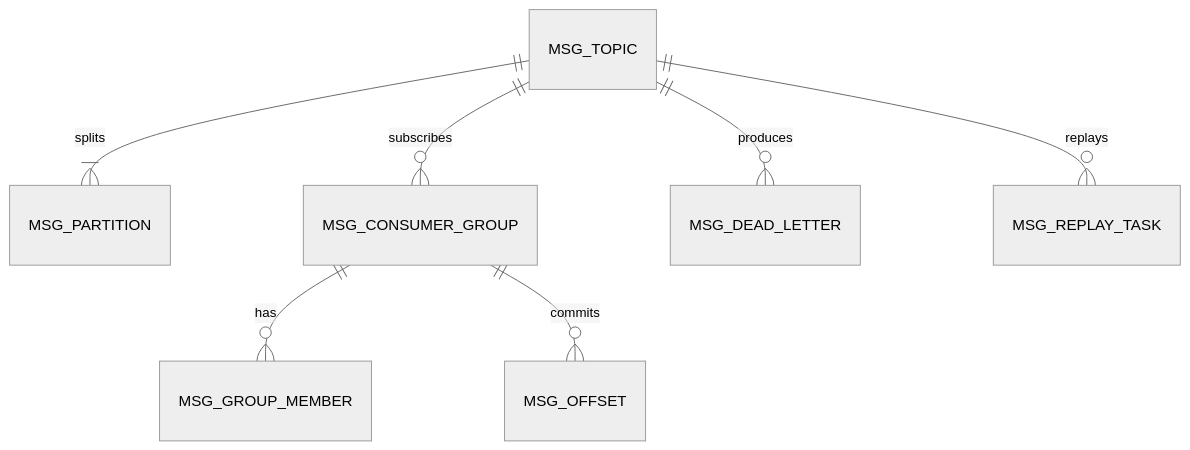
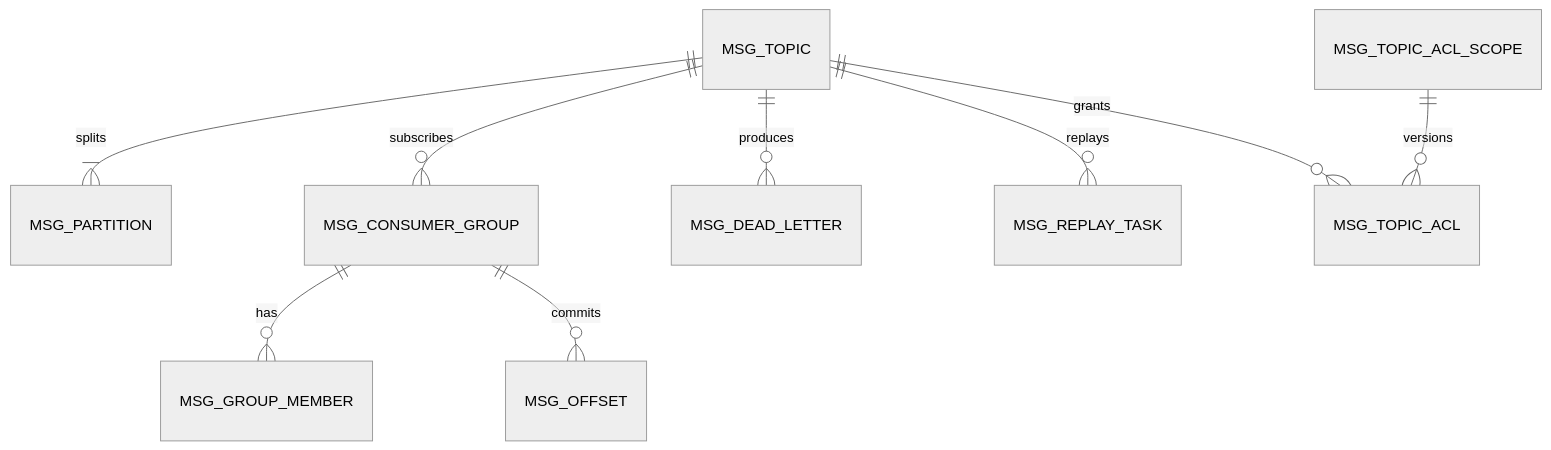
One commit to minjian123/message-platform changed the diagram in msg文档/设计/数据库设计/01_数据库设计_总览.md. Above: the diagram before and after it, drawn with Mermaid (neutral theme). The commit also changed other lines of this file and 54 other files, not shown here.

````diff
--- a/msg文档/设计/数据库设计/01_数据库设计_总览.md
+++ b/msg文档/设计/数据库设计/01_数据库设计_总览.md
@@ -100,9 +103,11 @@
 ```mermaid
 erDiagram
     MSG_TOPIC ||--|{ MSG_PARTITION : splits
     MSG_TOPIC ||--o{ MSG_CONSUMER_GROUP : subscribes
     MSG_CONSUMER_GROUP ||--o{ MSG_GROUP_MEMBER : has
     MSG_CONSUMER_GROUP ||--o{ MSG_OFFSET : commits
     MSG_TOPIC ||--o{ MSG_DEAD_LETTER : produces
     MSG_TOPIC ||--o{ MSG_REPLAY_TASK : replays
+    MSG_TOPIC ||--o{ MSG_TOPIC_ACL : grants
+    MSG_TOPIC_ACL_SCOPE ||--o{ MSG_TOPIC_ACL : versions
 ```
````
